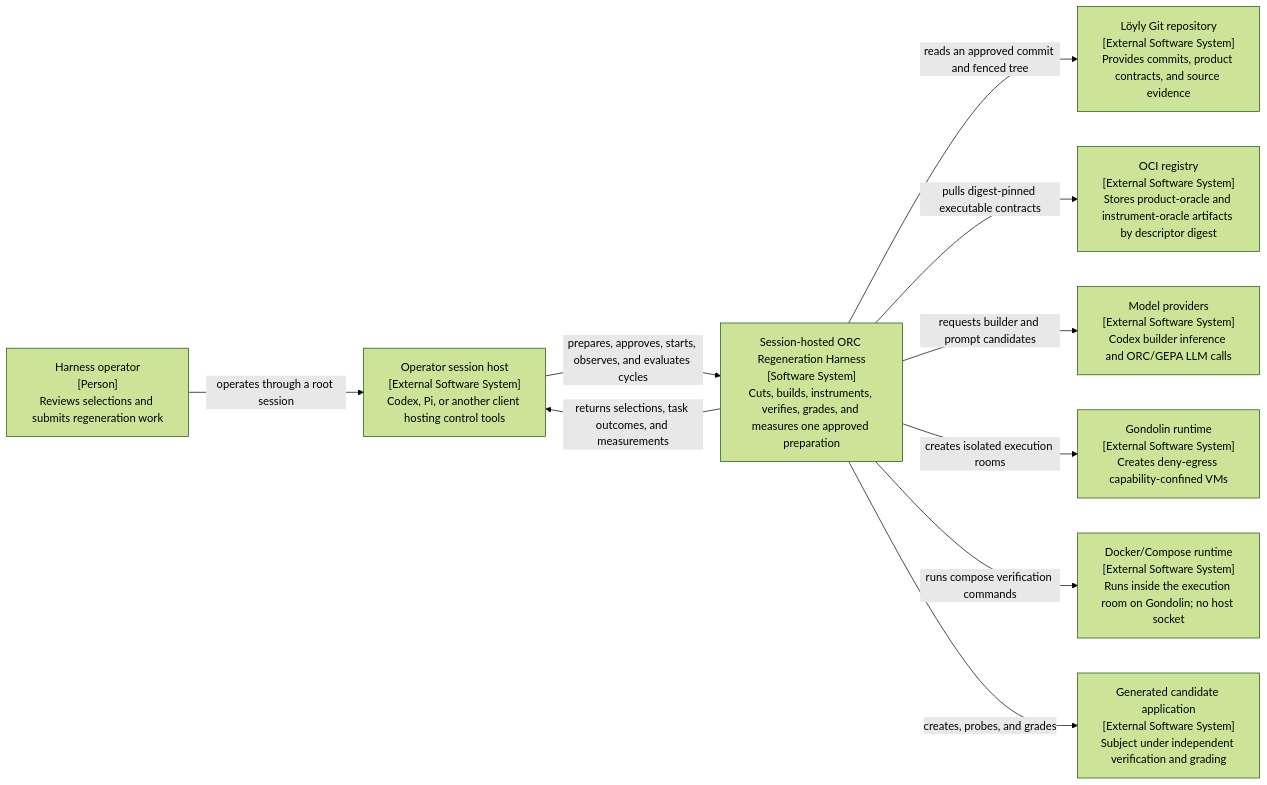
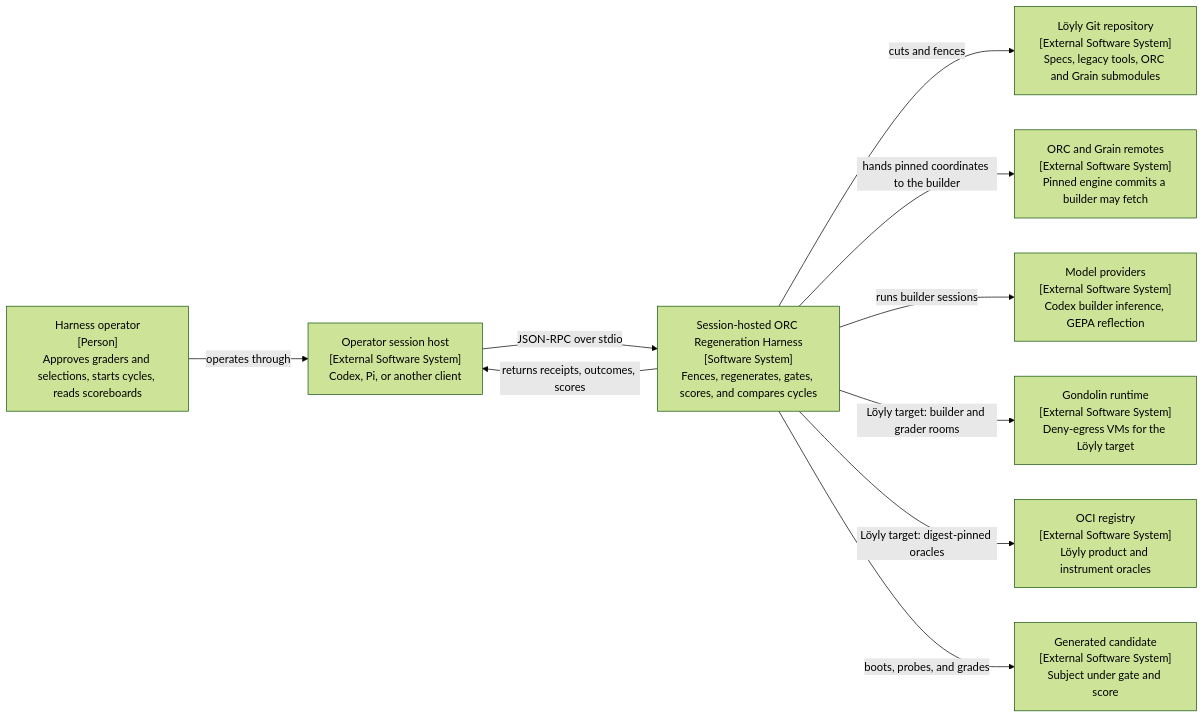
The first of 6 diagrams in .pi/architecture.md (scope-impact/loyly), drawn with Mermaid (forest theme) before and after one commit. The commit also changed other lines of this file, not shown here.

First line of the commit message:
Describe the legacy-shape harness in the architecture

````diff
--- a/.pi/architecture.md
+++ b/.pi/architecture.md
@@ -37,23 +57,23 @@
 ```mermaid
 flowchart LR
-    operator["Harness operator<br/>[Person]<br/>Reviews selections and submits regeneration work"]
-    pi["Operator session host<br/>[External Software System]<br/>Codex, Pi, or another client hosting control tools"]
-    source["Löyly Git repository<br/>[External Software System]<br/>Provides commits, product contracts, and source evidence"]
-    registry["OCI registry<br/>[External Software System]<br/>Stores product-oracle and instrument-oracle artifacts by descriptor digest"]
-    models["Model providers<br/>[External Software System]<br/>Codex builder inference and ORC/GEPA LLM calls"]
-    gondolin["Gondolin runtime<br/>[External Software System]<br/>Creates deny-egress capability-confined VMs"]
-    compose["Docker/Compose runtime<br/>[External Software System]<br/>Runs inside the execution room on Gondolin; no host socket"]
-    candidate["Generated candidate application<br/>[External Software System]<br/>Subject under independent verification and grading"]
+    operator["Harness operator<br/>[Person]<br/>Approves graders and selections, starts cycles, reads scoreboards"]
+    session["Operator session host<br/>[External Software System]<br/>Codex, Pi, or another client"]
+    source["Löyly Git repository<br/>[External Software System]<br/>Specs, legacy tools, ORC and Grain submodules"]
+    remote["ORC and Grain remotes<br/>[External Software System]<br/>Pinned engine commits a builder may fetch"]
+    models["Model providers<br/>[External Software System]<br/>Codex builder inference, GEPA reflection"]
+    gondolin["Gondolin runtime<br/>[External Software System]<br/>Deny-egress VMs for the Löyly target"]
+    registry["OCI registry<br/>[External Software System]<br/>Löyly product and instrument oracles"]
+    candidate["Generated candidate<br/>[External Software System]<br/>Subject under gate and score"]
 
-    harness["Session-hosted ORC Regeneration Harness<br/>[Software System]<br/>Cuts, builds, instruments, verifies, grades, and measures one approved preparation"]
+    harness["Session-hosted ORC Regeneration Harness<br/>[Software System]<br/>Fences, regenerates, gates, scores, and compares cycles"]
 
-    operator -->|"operates through a root session"| pi
-    pi -->|"prepares, approves, starts, observes, and evaluates cycles"| harness
-    harness -->|"reads an approved commit and fenced tree"| source
-    harness -->|"pulls digest-pinned executable contracts"| registry
-    harness -->|"requests builder and prompt candidates"| models
-    harness -->|"creates isolated execution rooms"| gondolin
-    harness -->|"runs compose verification commands"| compose
-    harness -->|"creates, probes, and grades"| candidate
-    harness -->|"returns selections, task outcomes, and measurements"| pi
+    operator -->|"operates through"| session
+    session -->|"JSON-RPC over stdio"| harness
+    harness -->|"cuts and fences"| source
+    harness -->|"hands pinned coordinates to the builder"| remote
+    harness -->|"runs builder sessions"| models
+    harness -->|"Löyly target: builder and grader rooms"| gondolin
+    harness -->|"Löyly target: digest-pinned oracles"| registry
+    harness -->|"boots, probes, and grades"| candidate
+    harness -->|"returns receipts, outcomes, scores"| session
 ```
````
